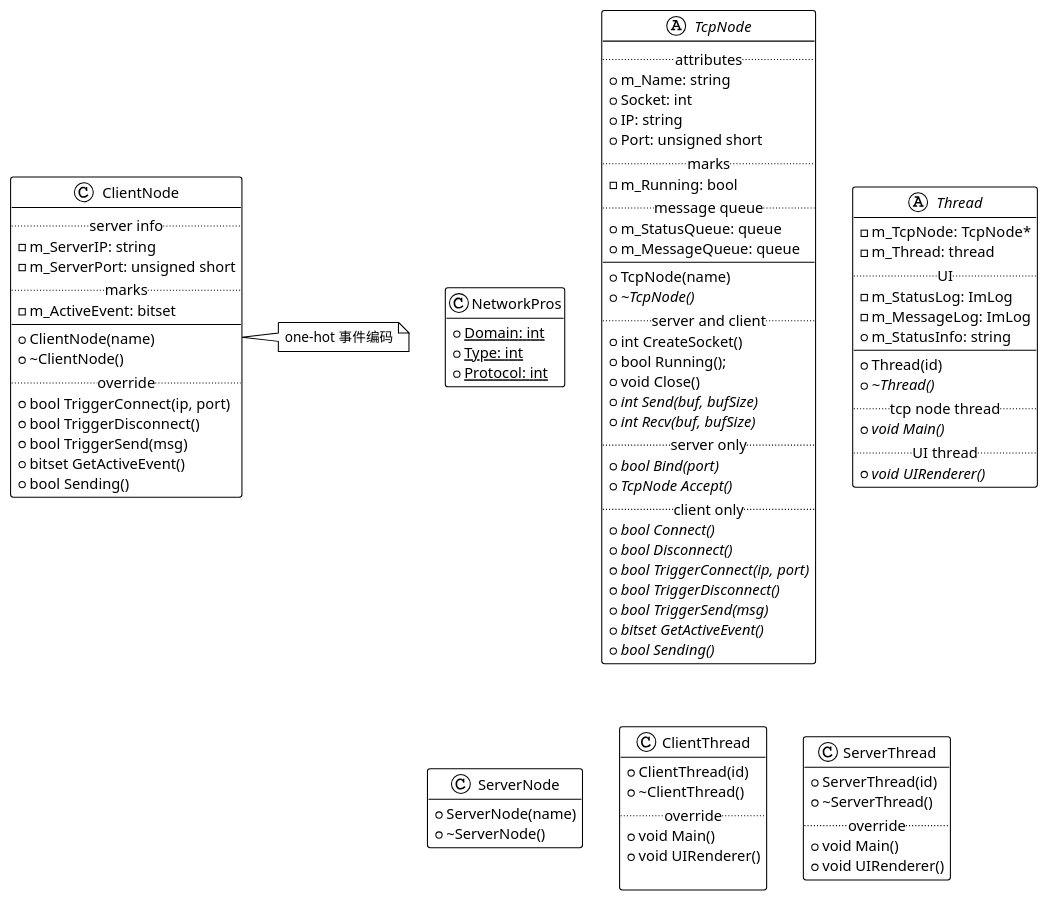
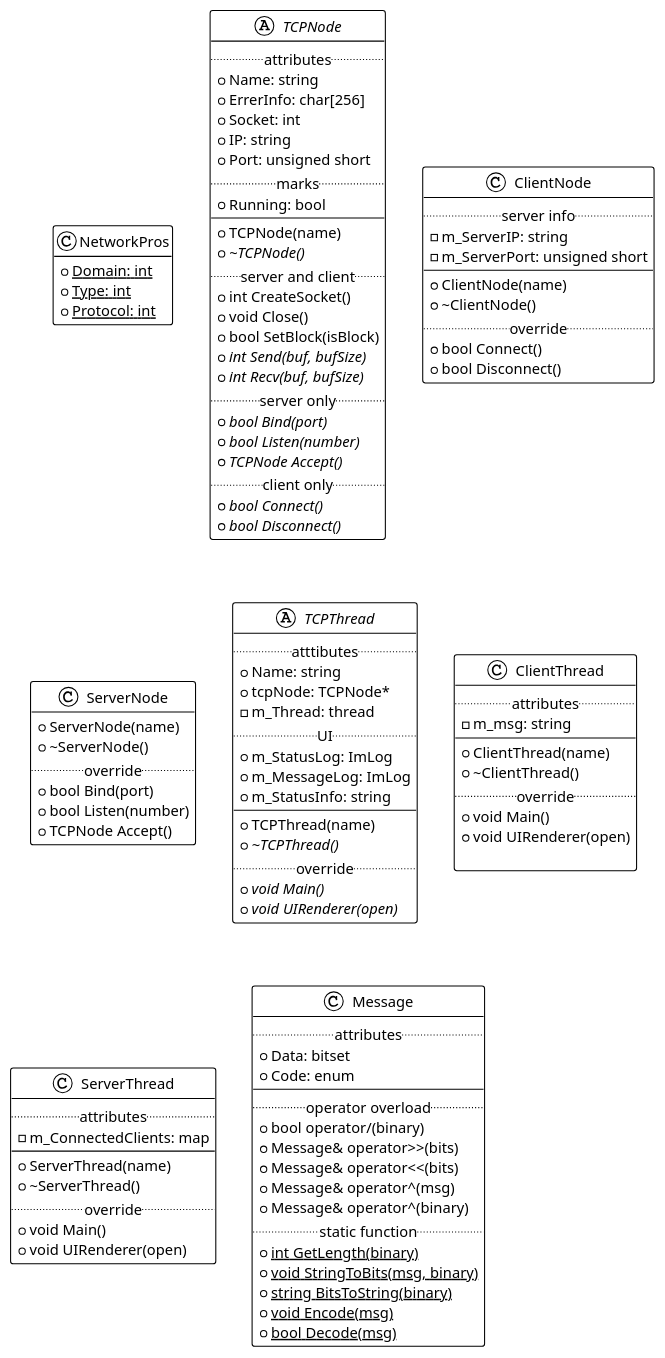
Before and after one commit to CJY-C/tcp: the diagram in doc/design.puml, drawn with PlantUML. The commit also changed 62 other files, not shown here.

```diff
--- a/doc/design.puml
+++ b/doc/design.puml
@@ -1,153 +1,119 @@
 @startuml
 !theme plain
 hide empty method
 hide empty member
 
 class NetworkPros #white{
     + {static}Domain: int
     + {static}Type: int
     + {static}Protocol: int
 }
 
-abstract class TcpNode #white{
+abstract class TCPNode #white{
     .. attributes ..
-    + m_Name: string
+    + Name: string
+    + ErrerInfo: char[256]
     + Socket: int
     + IP: string
     + Port: unsigned short
     .. marks ..
-    - m_Running: bool
-    .. message queue ..
-    + m_StatusQueue: queue
-    + m_MessageQueue: queue
+    + Running: bool
     ----
-    + TcpNode(name)
-    + {abstract}~TcpNode()
+    + TCPNode(name)
+    + {abstract}~TCPNode()
     .. server and client ..
     + int CreateSocket()
-    + bool Running();
     + void Close()
+    + bool SetBlock(isBlock)
     + {abstract}int Send(buf, bufSize)
     + {abstract}int Recv(buf, bufSize)
     .. server only ..
     + {abstract}bool Bind(port)
-    + {abstract}TcpNode Accept()
+    + {abstract}bool Listen(number)
+    + {abstract}TCPNode Accept()
     .. client only ..
     + {abstract}bool Connect()
     + {abstract}bool Disconnect()
-    + {abstract}{abstract}bool TriggerConnect(ip, port)
-    + {abstract}{abstract}bool TriggerDisconnect()
-    + {abstract}bool TriggerSend(msg)
-    + {abstract}bitset GetActiveEvent()
-    + {abstract}bool Sending()
-}
-
-abstract class Thread #white{
-    - m_TcpNode: TcpNode*
-    - m_Thread: thread
-    .. UI ..
-    - m_StatusLog: ImLog
-    - m_MessageLog: ImLog
-    + m_StatusInfo: string
-    ----
-    + Thread(id)
-    + {abstract}~Thread()
-    .. tcp node thread ..
-    + {abstract}void Main()
-    .. UI thread ..
-    + {abstract}void UIRenderer()
 }
 
 class ClientNode #white{
     .. server info ..
     - m_ServerIP: string
     - m_ServerPort: unsigned short
-    .. marks ..
-    - m_ActiveEvent: bitset
     ----
     + ClientNode(name)
     + ~ClientNode()
     .. override ..
-    + bool TriggerConnect(ip, port)
-    + bool TriggerDisconnect()
-    + bool TriggerSend(msg)
-    + bitset GetActiveEvent()
-    + bool Sending()
+    + bool Connect()
+    + bool Disconnect()
 }
-note right of ClientNode
-    one-hot 事件编码
-end note
-
 
 class ServerNode #white{
     + ServerNode(name)
     + ~ServerNode()
+    ..override..
+    + bool Bind(port)
+    + bool Listen(number)
+    + TCPNode Accept()
 }
+
+abstract class TCPThread #white{
+    ..atttibutes..
+    + Name: string
+    + tcpNode: TCPNode*
+    - m_Thread: thread
+    .. UI ..
+    + m_StatusLog: ImLog
+    + m_MessageLog: ImLog
+    + m_StatusInfo: string
+    ----
+    + TCPThread(name)
+    + {abstract}~TCPThread()
+    .. override ..
+    + {abstract}void Main()
+    + {abstract}void UIRenderer(open)
+}
+
 class ClientThread #white{
-    + ClientThread(id)
+    ..attributes..
+    - m_msg: string
+    ----
+    + ClientThread(name)
     + ~ClientThread()
     .. override ..
     + void Main()
-    + void UIRenderer()
+    + void UIRenderer(open)
     
 }
 class ServerThread #white{
-    + ServerThread(id)
+    ..attributes..
+    - m_ConnectedClients: map
+    ----
+    + ServerThread(name)
     + ~ServerThread()
     .. override ..
     + void Main()
-    + void UIRenderer()
+    + void UIRenderer(open)
 }
 
 
-/' abstract class Node #white{ '/
-/' # m_Nodefd: int '/
-/' # m_Running: bool '/
-/' + int GetNodefd() '/
-/' # {abstract}void Init() '/
-/' # {abstract}void Close() '/
-/' } '/
-/' class Server #white{ '/
-/'     ..identifier.. '/
-/'     + HostName: string '/  
-/'     + Port: uint16_t '/
-/'     ..marks.. '/
-/'     - m_Listening: bool '/
-/'     ..threads.. '/
-/'     - m_ListeningThread: thread '/
-/'     ..fd.. '/
-/'     - m_Listenfd: int '/
-/'     - m_Clientfd: int '/
-/'     ---- '/
-/'     ..main.. '/
-/'     + Start() '/
-/'     - void Init(Network&) '/
-/'     - void Listening() '/
-/'     - void Shutdown() '/
-/' } '/
-/' class Client #white{ '/
-/'     ..marks.. '/
-/'     - m_Sending: bool '/
-/'     - m_Running: bool '/
-/'     ..threads.. '/
-/'     - m_SendingThread: thread '/
-/'     - m_ConnectingThread: thread '/
-/'     ..fd.. '/
-/'     - m_Sockfd: int '/
-/'     ---- '/
-/'     ..main.. '/
-/'     + void Send(Server*, string&) '/
-/'     - void Init(Network&) '/
-/'     - void Connect(Server*) '/
-/'     - queque<Messsage> Processing(string&) '/
-/'     - void Shutdown() '/
-/' } '/
-/' class Random #white{ '/
-/'     + static int randomIntNumber(begin, end) '/
-/'     + static bool randomTrigger(probability) '/
-/' } '/
-/' class Message #white{ '/
-/' } '/
-/' class Status #white{ '/
-/' } '/
+class Message #white{
+    ..attributes..
+    + Data: bitset
+    + Code: enum
+    ----
+    ..operator overload..
+    + bool operator/(binary) 
+    + Message& operator>>(bits) 
+    + Message& operator<<(bits) 
+    + Message& operator^(msg) 
+    + Message& operator^(binary)
+    ..static function..
+    + {static}int GetLength(binary)
+    + {static}void StringToBits(msg, binary)
+    + {static}string BitsToString(binary)
+    + {static}void Encode(msg)
+    + {static}bool Decode(msg)
+}
+
 @enduml
```
